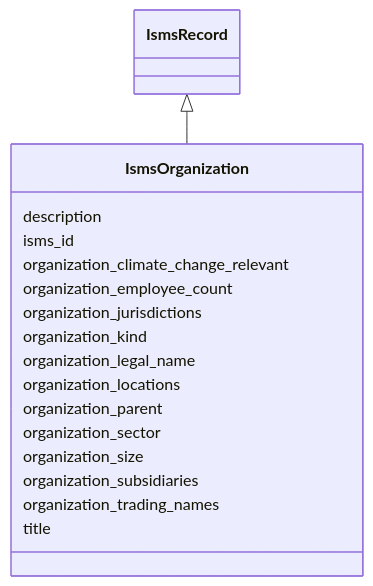
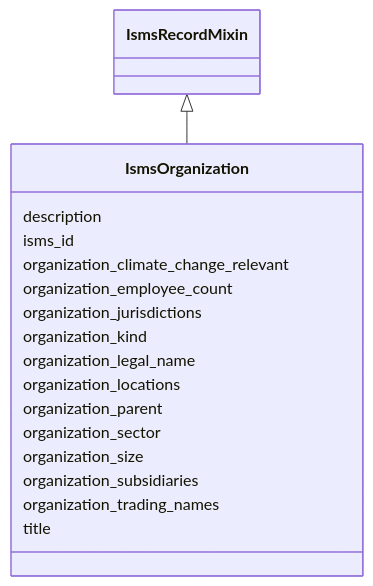
Before and after one commit to lmodel/iso27001: the diagram in project/mermaid/IsmsOrganization.md, drawn with Mermaid. The commit also changed 171 other files, not shown here.

Commit message:
refactor(schema): make the record base a mixin so adapt can root records

````diff
--- a/project/mermaid/IsmsOrganization.md
+++ b/project/mermaid/IsmsOrganization.md
@@ -4,37 +4,37 @@
 ```mermaid
  classDiagram
     class IsmsOrganization
     click IsmsOrganization href "../IsmsOrganization"
-      IsmsRecord <|-- IsmsOrganization
-        click IsmsRecord href "../IsmsRecord"
+      IsmsRecordMixin <|-- IsmsOrganization
+        click IsmsRecordMixin href "../IsmsRecordMixin"
       
       IsmsOrganization : description
         
       IsmsOrganization : isms_id
         
       IsmsOrganization : organization_climate_change_relevant
         
       IsmsOrganization : organization_employee_count
         
       IsmsOrganization : organization_jurisdictions
         
       IsmsOrganization : organization_kind
         
       IsmsOrganization : organization_legal_name
         
       IsmsOrganization : organization_locations
         
       IsmsOrganization : organization_parent
         
       IsmsOrganization : organization_sector
         
       IsmsOrganization : organization_size
         
       IsmsOrganization : organization_subsidiaries
         
       IsmsOrganization : organization_trading_names
         
       IsmsOrganization : title
         
       
 ```
````
